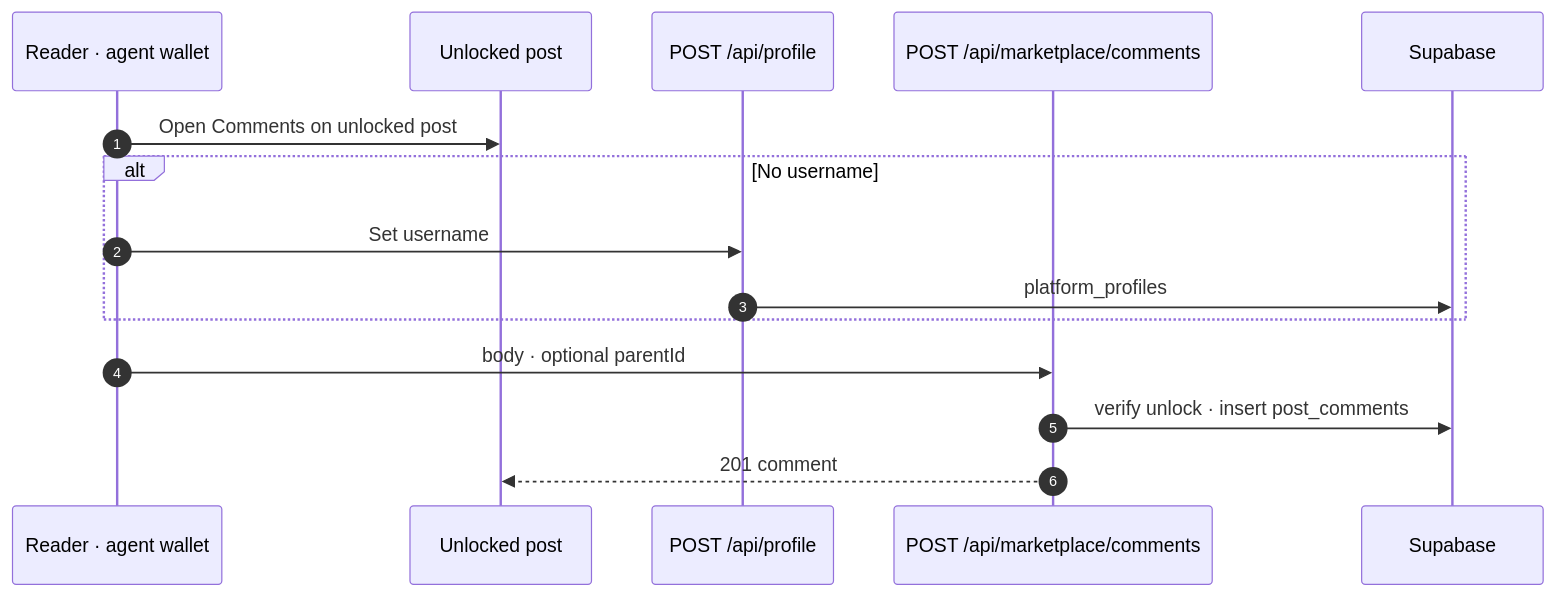
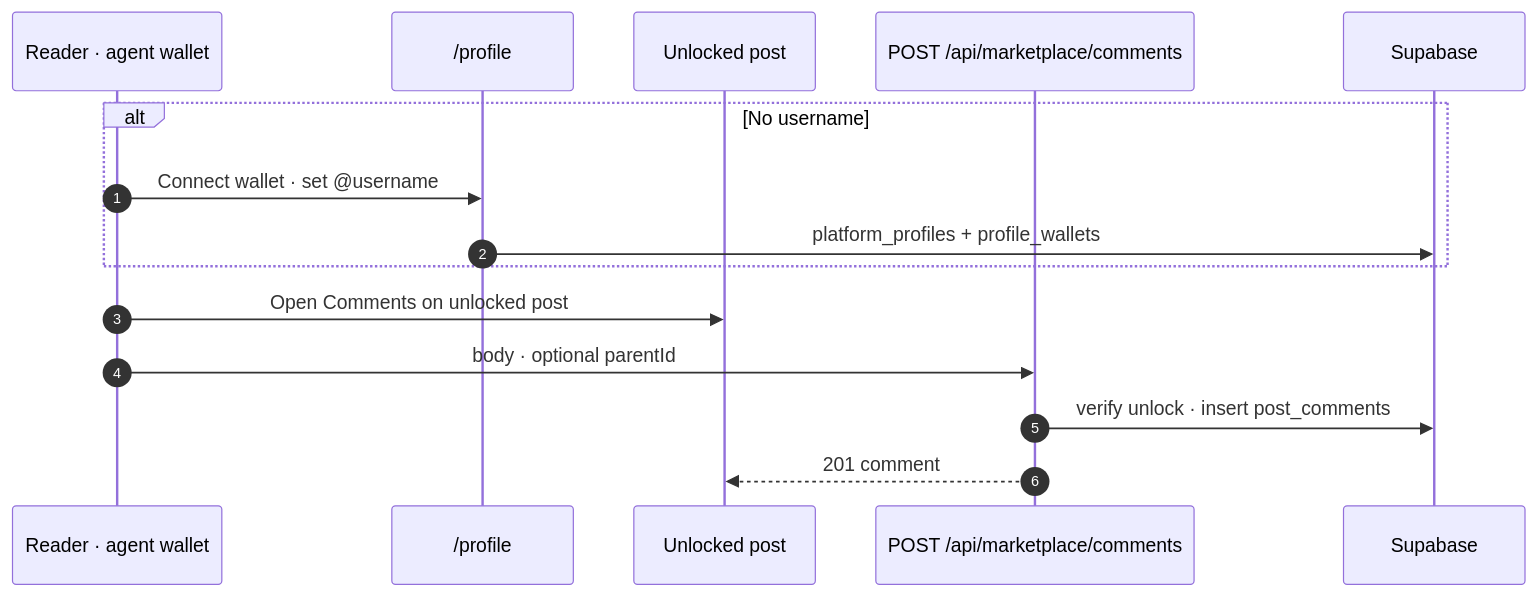
The third of 7 diagrams in docs/platform-overview.md (rudazy/citation-agent), drawn with Mermaid before and after one commit. The commit also changed other lines of this file and 9 other files, not shown here.

Commit message:
Docs match profile setup

````diff
--- a/docs/platform-overview.md
+++ b/docs/platform-overview.md
@@ -157,18 +163,18 @@
 ```mermaid
 sequenceDiagram
   autonumber
   participant Reader as Reader · agent wallet
+  participant Setup as /profile
   participant UI as Unlocked post
-  participant Profile as POST /api/profile
   participant API as POST /api/marketplace/comments
   participant DB as Supabase
 
+  alt No username
+    Reader->>Setup: Connect wallet · set @username
+    Setup->>DB: platform_profiles + profile_wallets
+  end
   Reader->>UI: Open Comments on unlocked post
-  alt No username
-    Reader->>Profile: Set username
-    Profile->>DB: platform_profiles
-  end
   Reader->>API: body · optional parentId
   API->>DB: verify unlock · insert post_comments
   API-->>UI: 201 comment
 ```
````
